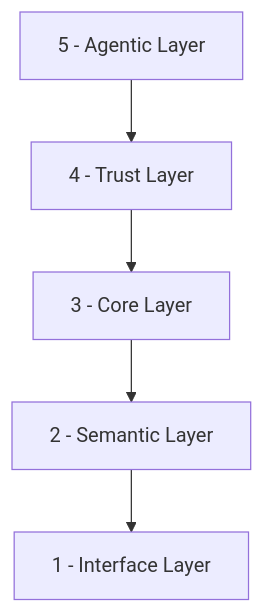
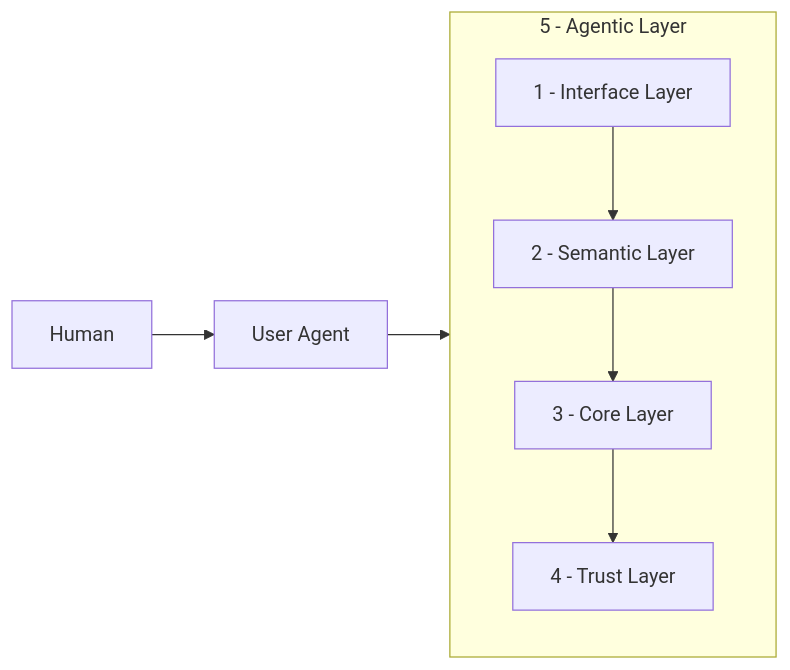
One commit to xixiaofinland/blog changed the third of 3 diagrams in src/headless-360.md. Above: the diagram before and after it, drawn with Mermaid. The commit also changed other lines of this file, not shown here.

````diff
--- a/src/headless-360.md
+++ b/src/headless-360.md
@@ -50,7 +50,11 @@
 ```mermaid
-graph TD
-    A[5 - Agentic Layer] --> B[4 - Trust Layer]
-    B --> C[3 - Core Layer]
-    C --> D[2 - Semantic Layer]
-    D --> E[1 - Interface Layer]
+flowchart LR
+    Human[Human] --> UserAgent[User Agent]
+    UserAgent --> E
+    subgraph E[5 - Agentic Layer]
+        direction TB
+        A[1 - Interface Layer] --> B[2 - Semantic Layer]
+        B --> C[3 - Core Layer]
+        C --> D[4 - Trust Layer]
+    end
 ```
````
